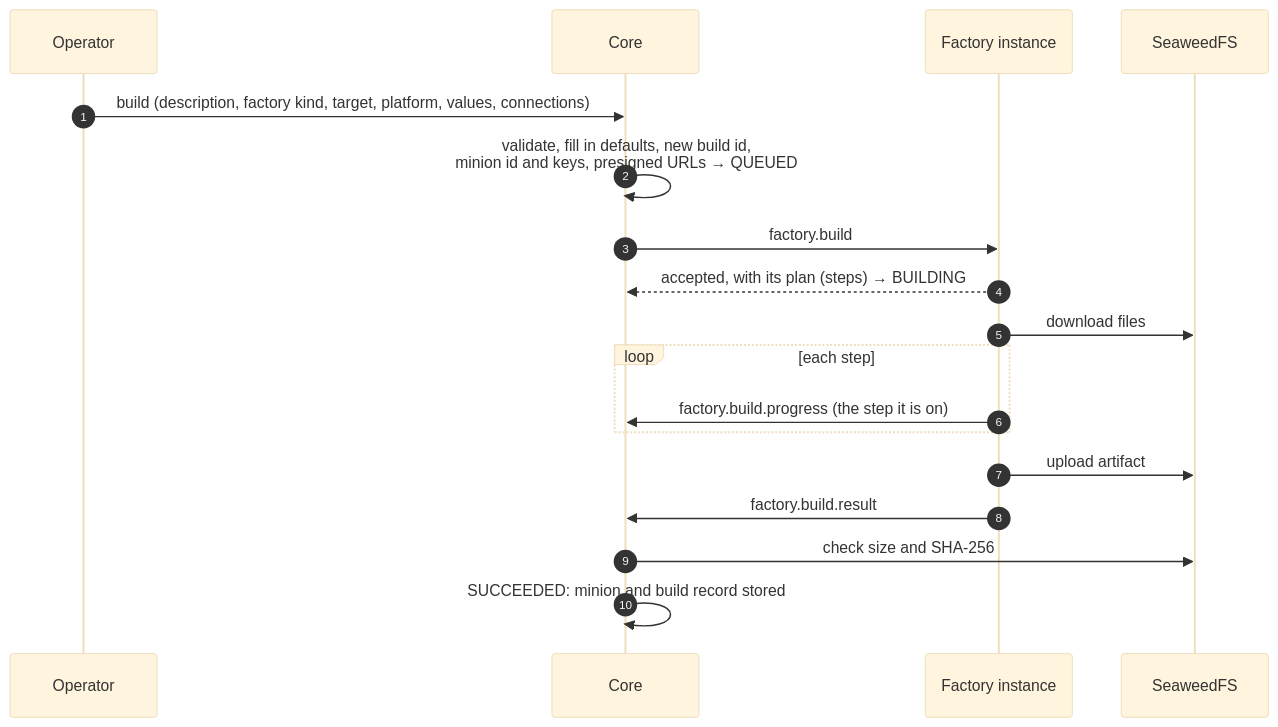
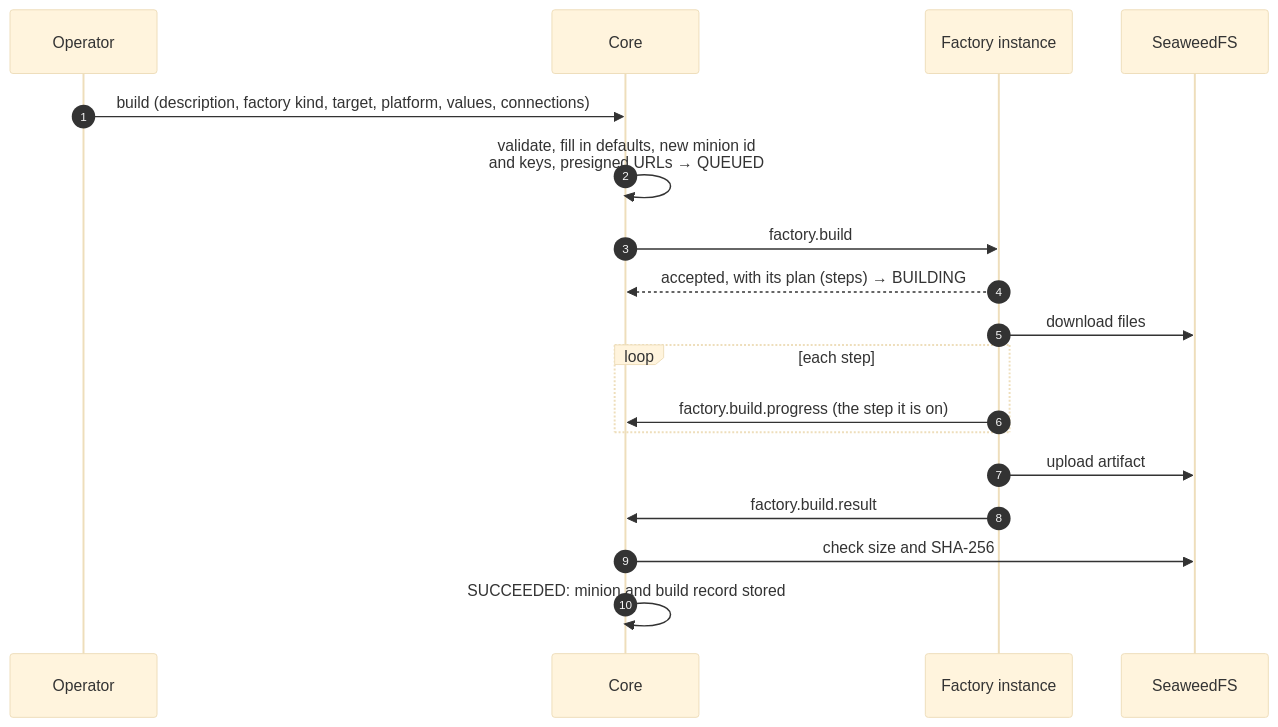
Before and after one commit to LogosCore/logos-docs: the second of 2 diagrams in src/content/docs/contracts/minion-build.md, drawn with Mermaid (base theme). The commit also changed other lines of this file and 5 other files, not shown here.

````diff
--- a/src/content/docs/contracts/minion-build.md
+++ b/src/content/docs/contracts/minion-build.md
@@ -213,20 +213,20 @@
 ```mermaid
 sequenceDiagram
     autonumber
     participant OP as Operator
     participant CORE as Core
     participant F as Factory instance
     participant S3 as SeaweedFS
     OP->>CORE: build (description, factory kind, target, platform, values, connections)
-    CORE->>CORE: validate, fill in defaults, new build id,<br/>minion id and keys, presigned URLs → QUEUED
+    CORE->>CORE: validate, fill in defaults, new minion id<br/>and keys, presigned URLs → QUEUED
     CORE->>F: factory.build
     F-->>CORE: accepted, with its plan (steps) → BUILDING
     F->>S3: download files
     loop each step
         F->>CORE: factory.build.progress (the step it is on)
     end
     F->>S3: upload artifact
     F->>CORE: factory.build.result
     CORE->>S3: check size and SHA-256
     CORE->>CORE: SUCCEEDED: minion and build record stored
 ```
````
